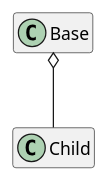
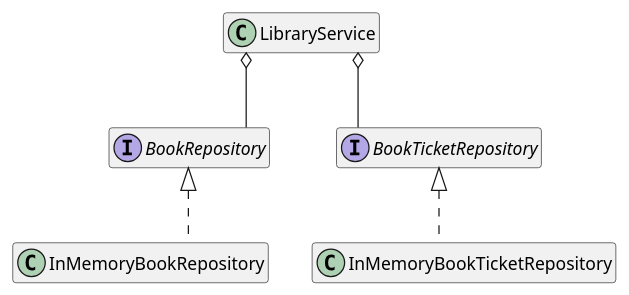
The diagram in src/com/bad_java/lectures/_03/design/aggregation.puml (elefus/bad_java_202107), drawn with PlantUML before and after one commit. The commit also changed 3 other files, not shown here.

```diff
--- a/src/com/bad_java/lectures/_03/design/aggregation.puml
+++ b/src/com/bad_java/lectures/_03/design/aggregation.puml
@@ -1,10 +1,16 @@
 @startuml
 
 ' avoid problems with angled crows feet
 skinparam linetype ortho
 
-Base o-- Child
+interface BookRepository
+interface BookTicketRepository
+BookRepository <|.- InMemoryBookRepository
+BookTicketRepository <|.- InMemoryBookTicketRepository
+
+LibraryService o-- BookRepository
+LibraryService o-- BookTicketRepository
 
 hide empty members
 
 @enduml
```
